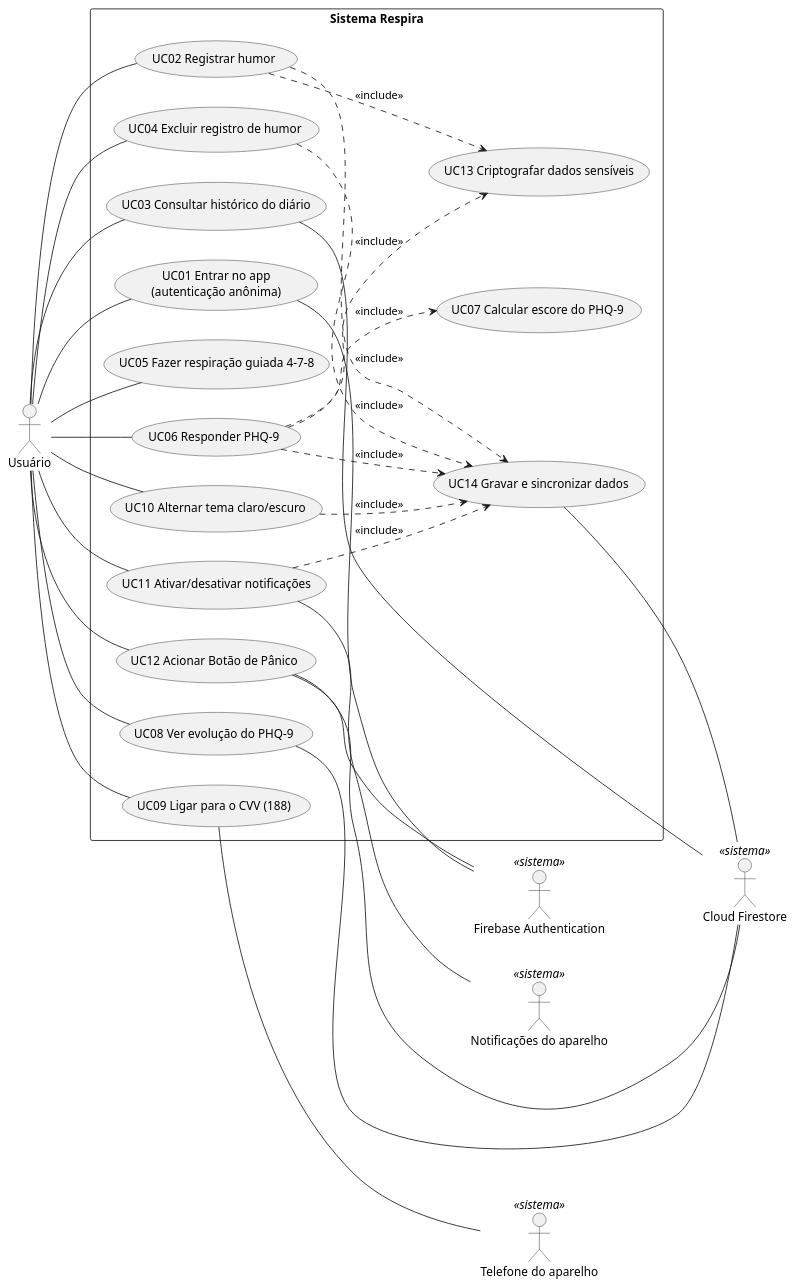
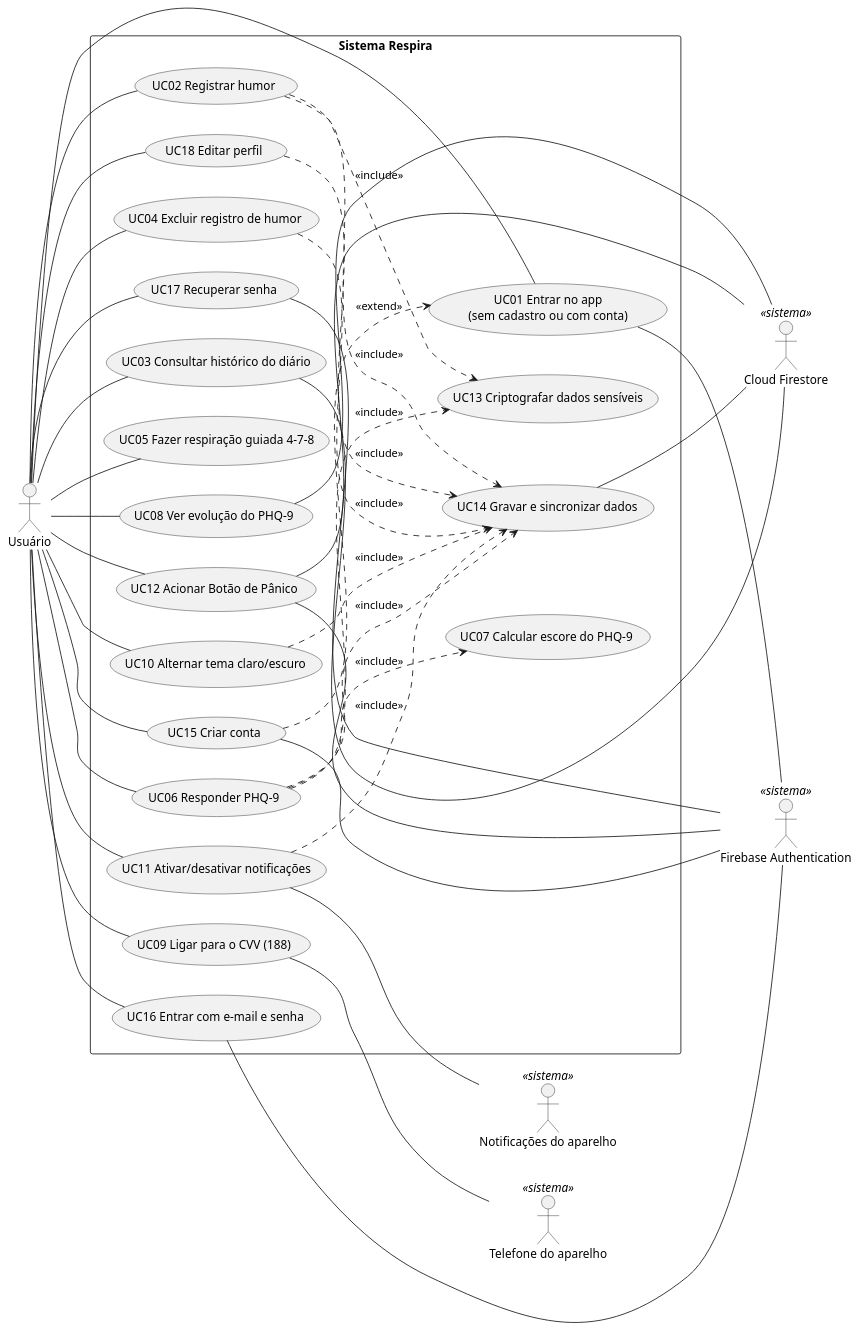
Before and after one commit to rafael-men/App-Respira: the diagram in docs/diagrama-casos-de-uso.md, drawn with PlantUML. The commit also changed other lines of this file and 20 other files, not shown here.

````diff
--- a/docs/diagrama-casos-de-uso.md
+++ b/docs/diagrama-casos-de-uso.md
@@ -59,59 +65,70 @@
-```plantuml
 @startuml
 left to right direction
 skinparam packageStyle rectangle
 
 actor "Usuário" as U
 actor "Firebase Authentication" as AUTH <<sistema>>
 actor "Cloud Firestore" as FS <<sistema>>
 actor "Telefone do aparelho" as TEL <<sistema>>
 actor "Notificações do aparelho" as NOT <<sistema>>
 
 rectangle "Sistema Respira" {
-  usecase "UC01 Entrar no app\n(autenticação anônima)" as UC01
+  usecase "UC01 Entrar no app\n(sem cadastro ou com conta)" as UC01
   usecase "UC02 Registrar humor" as UC02
   usecase "UC03 Consultar histórico do diário" as UC03
   usecase "UC04 Excluir registro de humor" as UC04
   usecase "UC05 Fazer respiração guiada 4-7-8" as UC05
   usecase "UC06 Responder PHQ-9" as UC06
   usecase "UC07 Calcular escore do PHQ-9" as UC07
   usecase "UC08 Ver evolução do PHQ-9" as UC08
   usecase "UC09 Ligar para o CVV (188)" as UC09
   usecase "UC10 Alternar tema claro/escuro" as UC10
   usecase "UC11 Ativar/desativar notificações" as UC11
   usecase "UC12 Acionar Botão de Pânico" as UC12
   usecase "UC13 Criptografar dados sensíveis" as UC13
   usecase "UC14 Gravar e sincronizar dados" as UC14
+  usecase "UC15 Criar conta" as UC15
+  usecase "UC16 Entrar com e-mail e senha" as UC16
+  usecase "UC17 Recuperar senha" as UC17
+  usecase "UC18 Editar perfil" as UC18
 }
 
 U -- UC01
 U -- UC02
 U -- UC03
 U -- UC04
 U -- UC05
 U -- UC06
 U -- UC08
 U -- UC09
 U -- UC10
 U -- UC11
 U -- UC12
+U -- UC15
+U -- UC16
+U -- UC17
+U -- UC18
 
 UC02 ..> UC13 : <<include>>
 UC06 ..> UC13 : <<include>>
 UC06 ..> UC07 : <<include>>
 UC02 ..> UC14 : <<include>>
 UC04 ..> UC14 : <<include>>
 UC06 ..> UC14 : <<include>>
 UC10 ..> UC14 : <<include>>
 UC11 ..> UC14 : <<include>>
+UC18 ..> UC14 : <<include>>
+UC15 ..> UC01 : <<extend>>
 
 UC01 -- AUTH
 UC12 -- AUTH
+UC15 -- AUTH
+UC16 -- AUTH
+UC17 -- AUTH
 UC03 -- FS
 UC08 -- FS
 UC12 -- FS
 UC14 -- FS
 UC09 -- TEL
 UC11 -- NOT
 @enduml
-```
````
